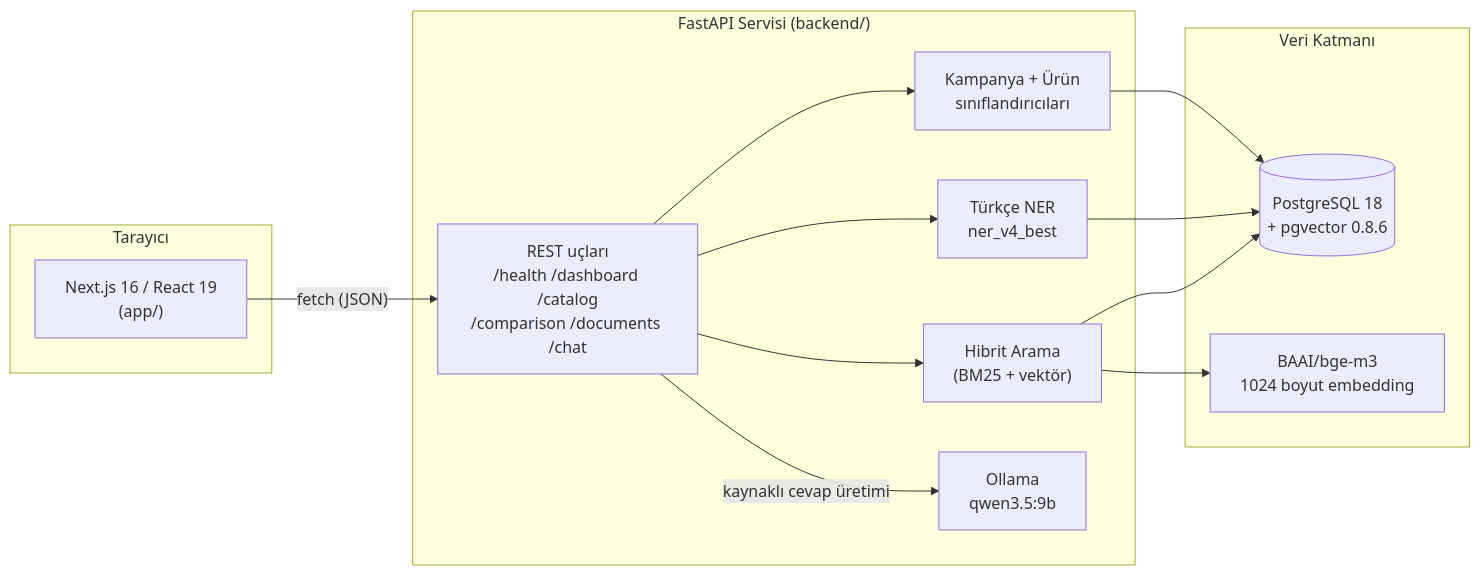
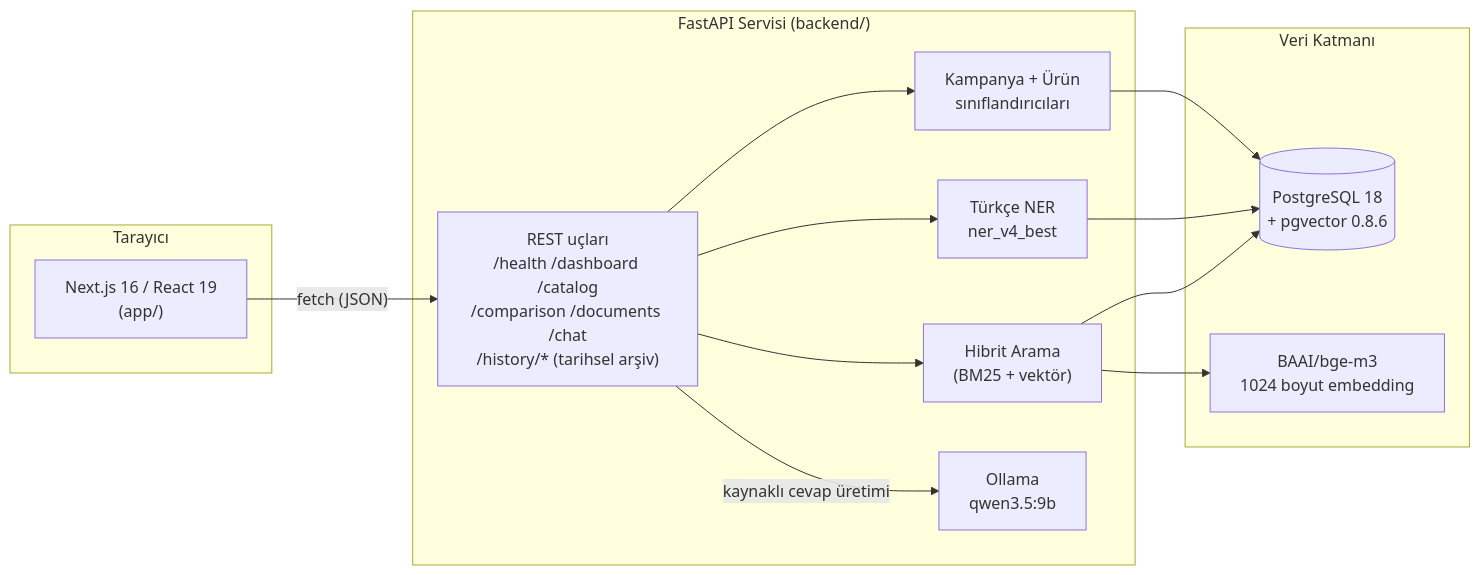
One commit to abdulkadiripek/HititFinLex-Teknofest2026 changed the diagram in README.md. Above: the diagram before and after it, drawn with Mermaid. The commit also changed other lines of this file and 120 other files, not shown here.

````diff
--- a/README.md
+++ b/README.md
@@ -58,29 +58,29 @@
 ```mermaid
 flowchart LR
     subgraph Client["Tarayıcı"]
         UI["Next.js 16 / React 19\n(app/)"]
     end
 
     subgraph API["FastAPI Servisi (backend/)"]
-        REST["REST uçları\n/health /dashboard /catalog\n/comparison /documents /chat"]
+        REST["REST uçları\n/health /dashboard /catalog\n/comparison /documents /chat\n/history/* (tarihsel arşiv)"]
         NER["Türkçe NER\nner_v4_best"]
         CLS["Kampanya + Ürün\nsınıflandırıcıları"]
         HYB["Hibrit Arama\n(BM25 + vektör)"]
         LLM["Ollama\nqwen3.5:9b"]
     end
 
     subgraph Data["Veri Katmanı"]
         PG[("PostgreSQL 18\n+ pgvector 0.8.6")]
         EMB["BAAI/bge-m3\n1024 boyut embedding"]
     end
 
     UI -- "fetch (JSON)" --> REST
     REST --> NER
     REST --> CLS
     REST --> HYB
     HYB --> EMB
     HYB --> PG
     REST -- "kaynaklı cevap üretimi" --> LLM
     NER --> PG
     CLS --> PG
 ```
````
